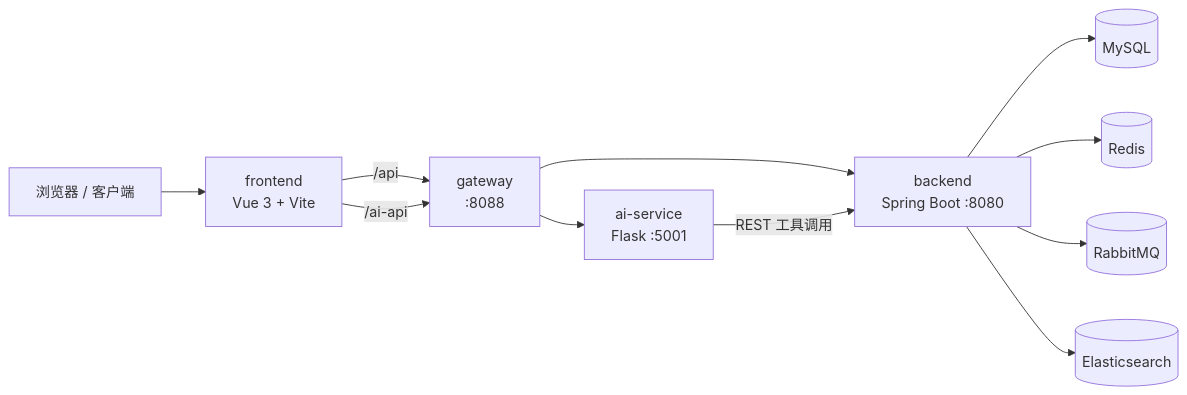
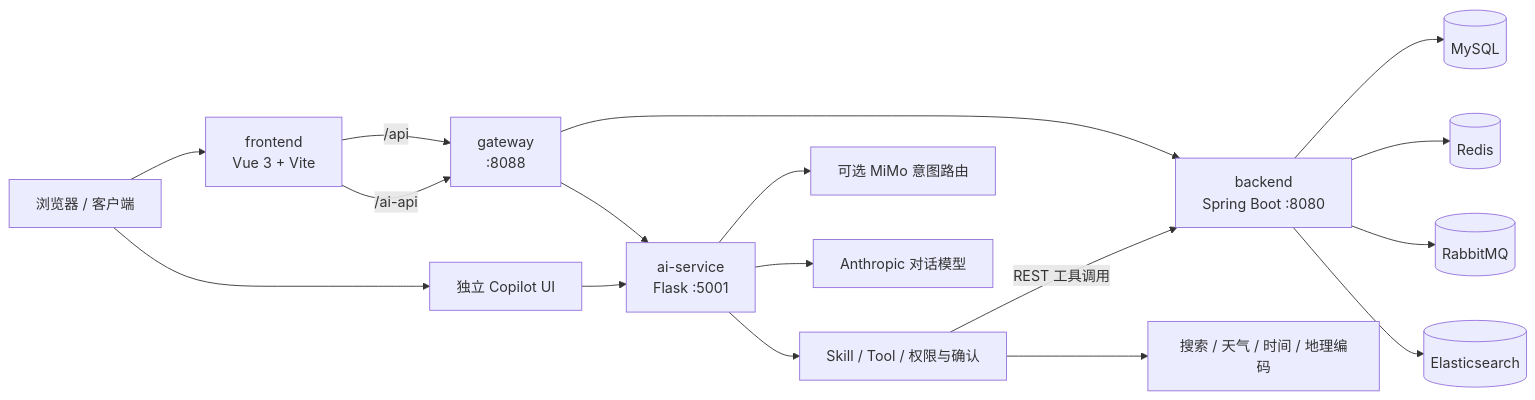
Before and after one commit to 030203/AstraHost: the second of 2 diagrams in README.md, drawn with Mermaid. The commit also changed other lines of this file, not shown here.

Commit message:
docs: 丰富项目介绍与 Agent 功能并加入项目图片

````diff
--- a/README.md
+++ b/README.md
@@ -17,23 +140,34 @@
 ```mermaid
 flowchart LR
   User[浏览器 / 客户端]
   FE[frontend<br/>Vue 3 + Vite]
   GW[gateway<br/>:8088]
   BE[backend<br/>Spring Boot :8080]
   AI[ai-service<br/>Flask :5001]
+  Copilot[独立 Copilot UI]
+  Router[可选 MiMo 意图路由]
+  LLM[Anthropic 对话模型]
+  Tools[Skill / Tool / 权限与确认]
+  External[搜索 / 天气 / 时间 / 地理编码]
   MySQL[(MySQL)]
   Redis[(Redis)]
   MQ[(RabbitMQ)]
   ES[(Elasticsearch)]
 
   User --> FE
   FE -->|/api| GW
   FE -->|/ai-api| GW
   GW --> BE
   GW --> AI
+  User --> Copilot
+  Copilot --> AI
   BE --> MySQL
   BE --> Redis
   BE --> MQ
   BE --> ES
-  AI -->|REST 工具调用| BE
+  AI --> Router
+  AI --> LLM
+  AI --> Tools
+  Tools -->|REST 工具调用| BE
+  Tools --> External
 ```
````
